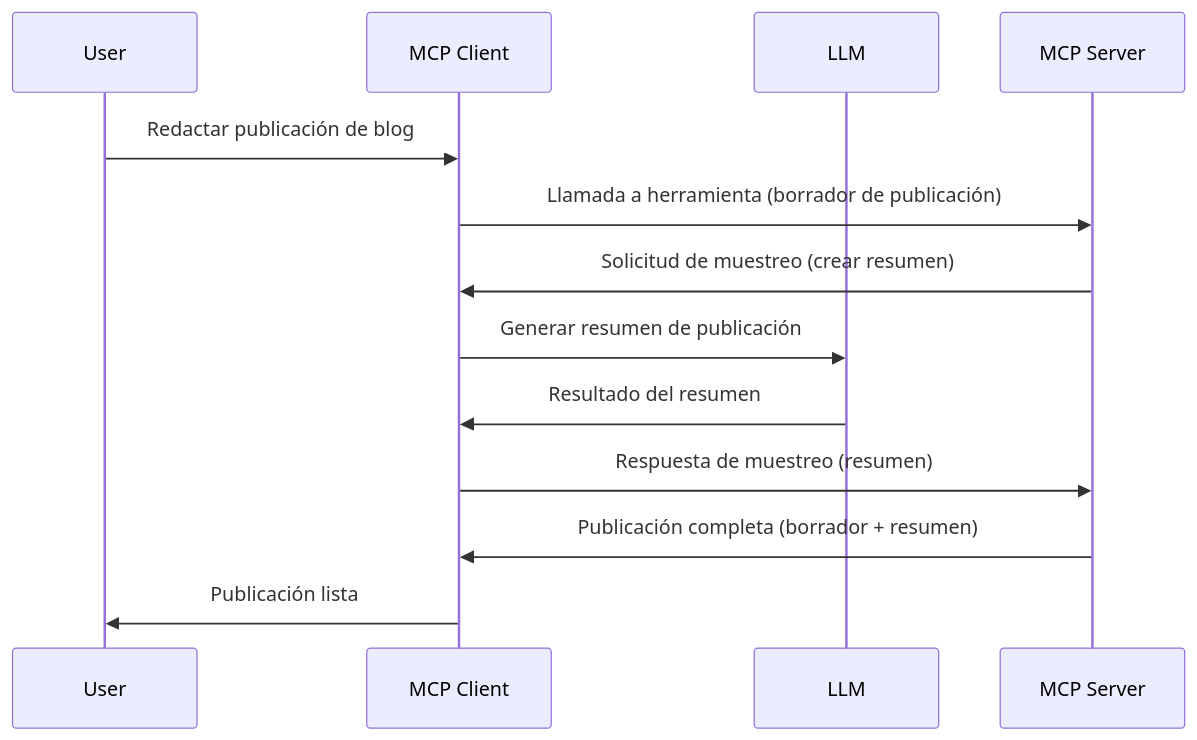
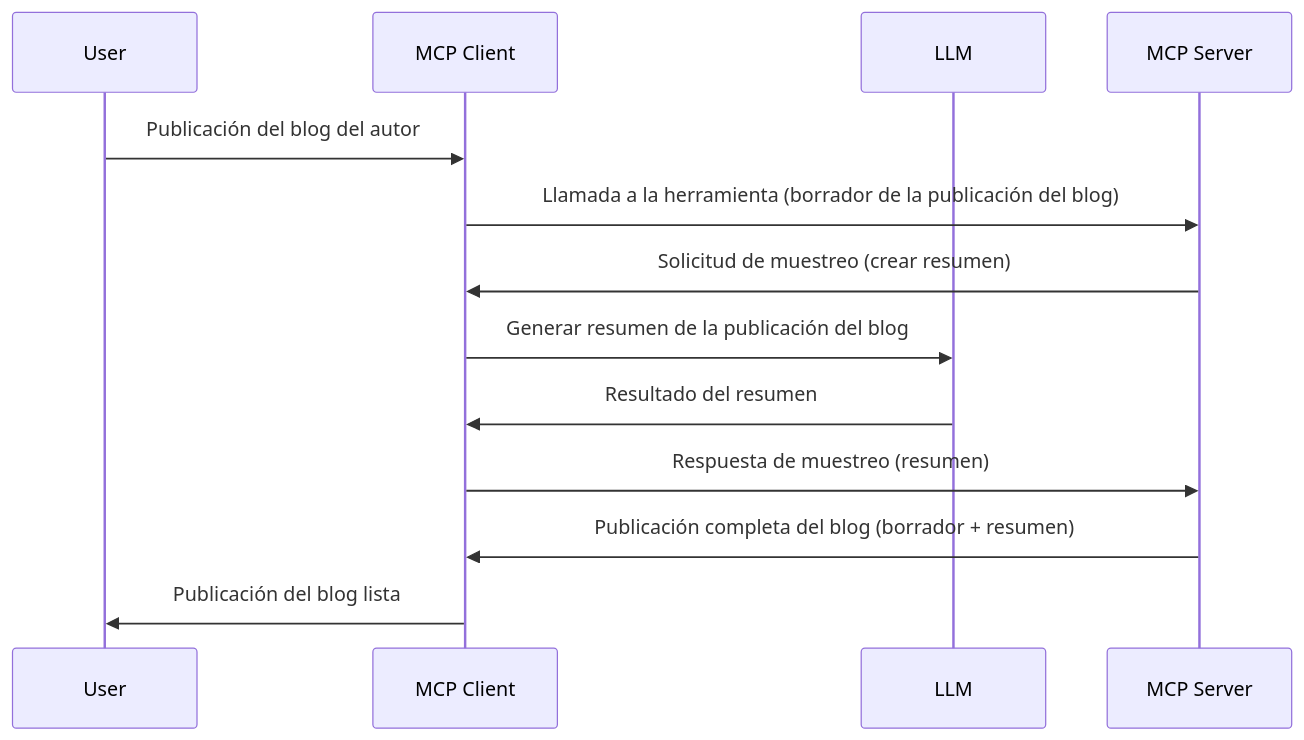
One commit to HIDORAKAI002/ai-workspace-archive changed the diagram in mcp_ecosystem__model_context_protocol/mcp_learning_resources/mcp-for-beginners/translations/es/03-GettingStarted/14-sampling/README.md. Above: the diagram before and after it, drawn with Mermaid. The commit also changed other lines of this file and 1046 other files, not shown here.

````diff
--- a/mcp_ecosystem__model_context_protocol/mcp_learning_resources/mcp-for-beginners/translations/es/03-GettingStarted/14-sampling/README.md
+++ b/mcp_ecosystem__model_context_protocol/mcp_learning_resources/mcp-for-beginners/translations/es/03-GettingStarted/14-sampling/README.md
@@ -23,16 +25,16 @@
 ```mermaid
 sequenceDiagram
     participant User
     participant MCP Client
     participant LLM
     participant MCP Server
 
-    User->>MCP Client: Redactar publicación de blog
-    MCP Client->>MCP Server: Llamada a herramienta (borrador de publicación)
+    User->>MCP Client: Publicación del blog del autor
+    MCP Client->>MCP Server: Llamada a la herramienta (borrador de la publicación del blog)
     MCP Server->>MCP Client: Solicitud de muestreo (crear resumen)
-    MCP Client->>LLM: Generar resumen de publicación
+    MCP Client->>LLM: Generar resumen de la publicación del blog
     LLM->>MCP Client: Resultado del resumen
     MCP Client->>MCP Server: Respuesta de muestreo (resumen)
-    MCP Server->>MCP Client: Publicación completa (borrador + resumen)
-    MCP Client->>User: Publicación lista
+    MCP Server->>MCP Client: Publicación completa del blog (borrador + resumen)
+    MCP Client->>User: Publicación del blog lista
 ```
````
